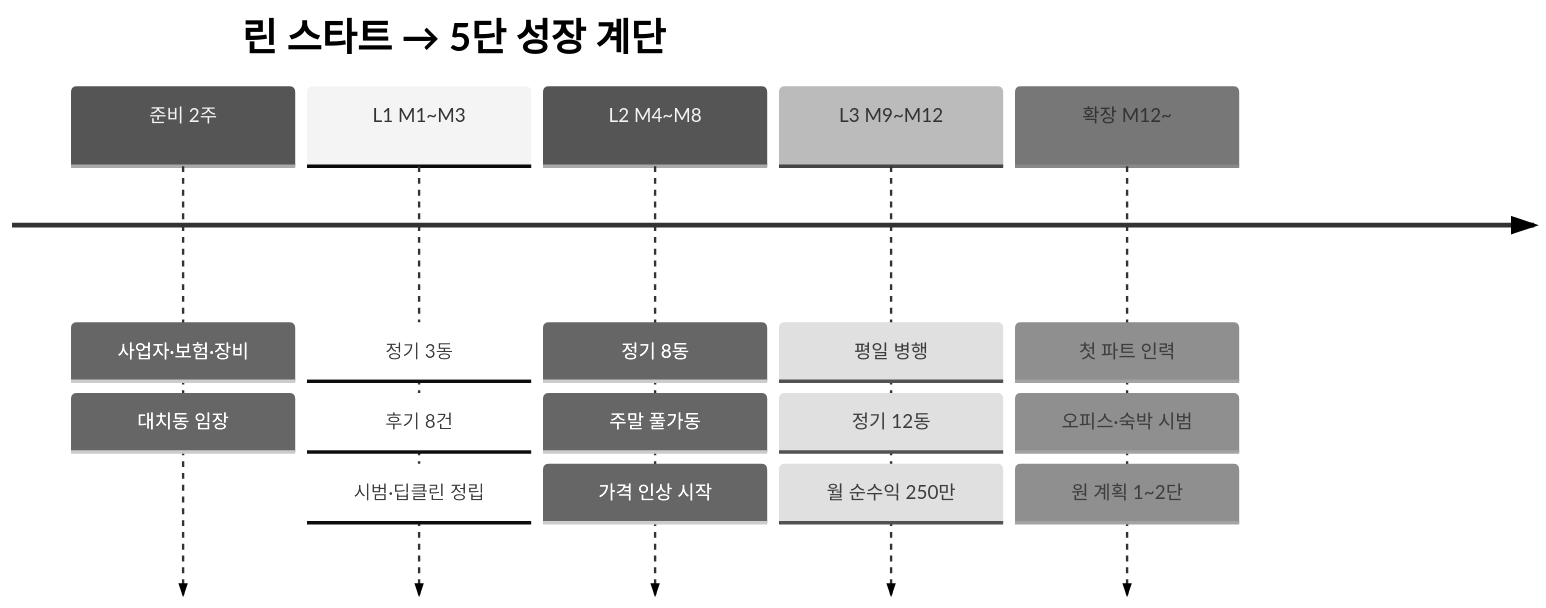
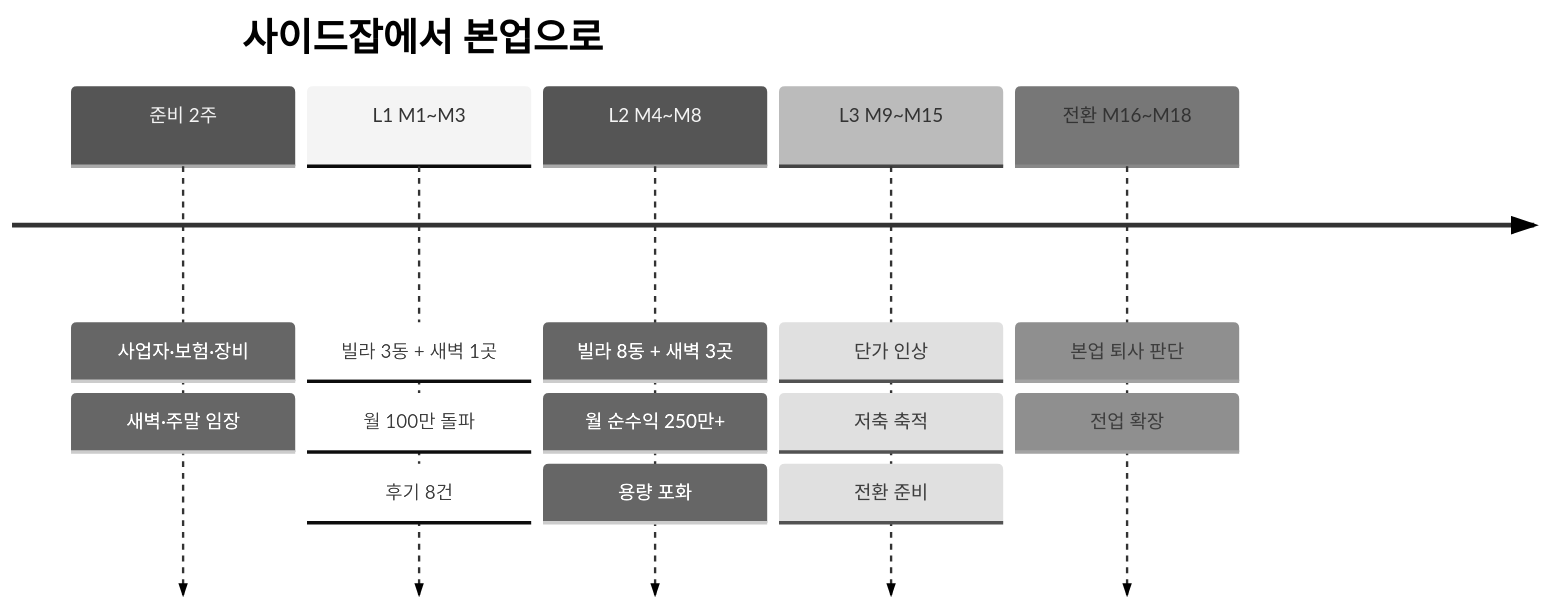
One commit to space-cap/hygeia-stairs changed the third of 3 diagrams in docs/09_lean_start_plan.md. Above: the diagram before and after it, drawn with Mermaid (neutral theme). The commit also changed other lines of this file and 3 other files, not shown here.

````diff
--- a/docs/09_lean_start_plan.md
+++ b/docs/09_lean_start_plan.md
@@ -159,9 +205,9 @@
 ```mermaid
 timeline
-    title 린 스타트 → 5단 성장 계단
-    준비 2주 : 사업자·보험·장비 : 대치동 임장
-    L1 M1~M3 : 정기 3동 : 후기 8건 : 시범·딥클린 정립
-    L2 M4~M8 : 정기 8동 : 주말 풀가동 : 가격 인상 시작
-    L3 M9~M12 : 평일 병행 : 정기 12동 : 월 순수익 250만
-    확장 M12~ : 첫 파트 인력 : 오피스·숙박 시범 : 원 계획 1~2단
+    title 사이드잡에서 본업으로
+    준비 2주 : 사업자·보험·장비 : 새벽·주말 임장
+    L1 M1~M3 : 빌라 3동 + 새벽 1곳 : 월 100만 돌파 : 후기 8건
+    L2 M4~M8 : 빌라 8동 + 새벽 3곳 : 월 순수익 250만+ : 용량 포화
+    L3 M9~M15 : 단가 인상 : 저축 축적 : 전환 준비
+    전환 M16~M18 : 본업 퇴사 판단 : 전업 확장
 ```
````
